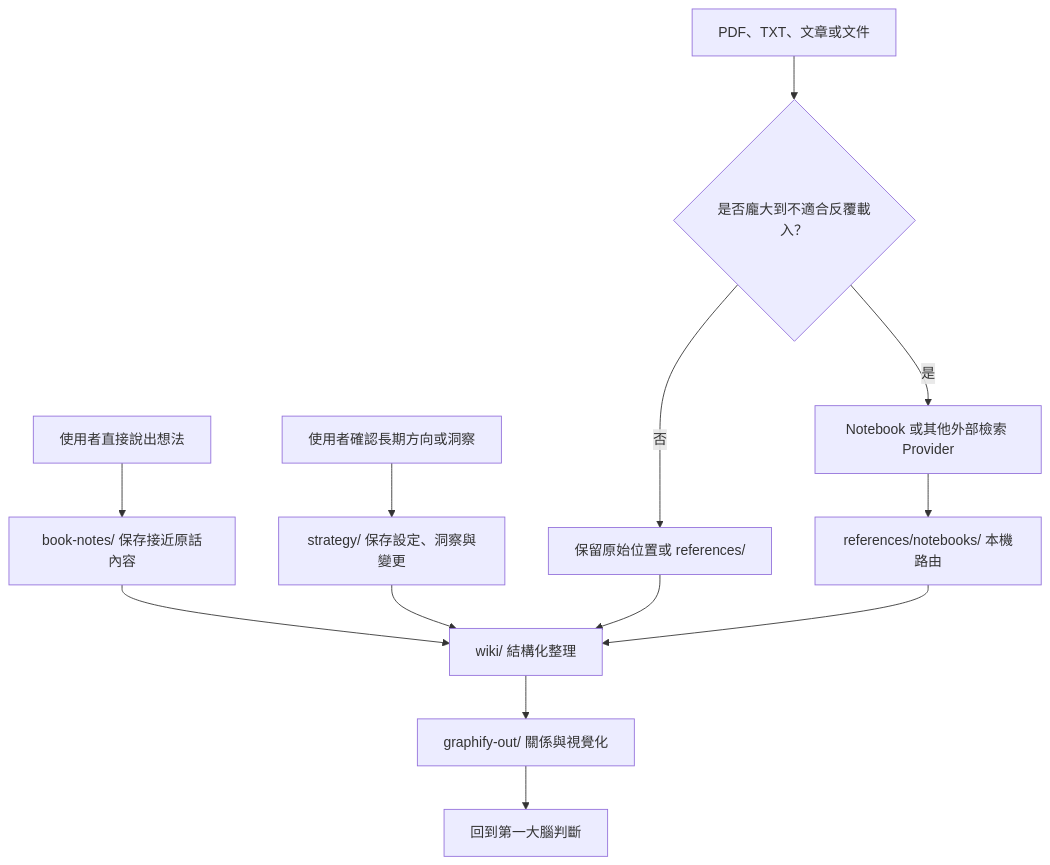
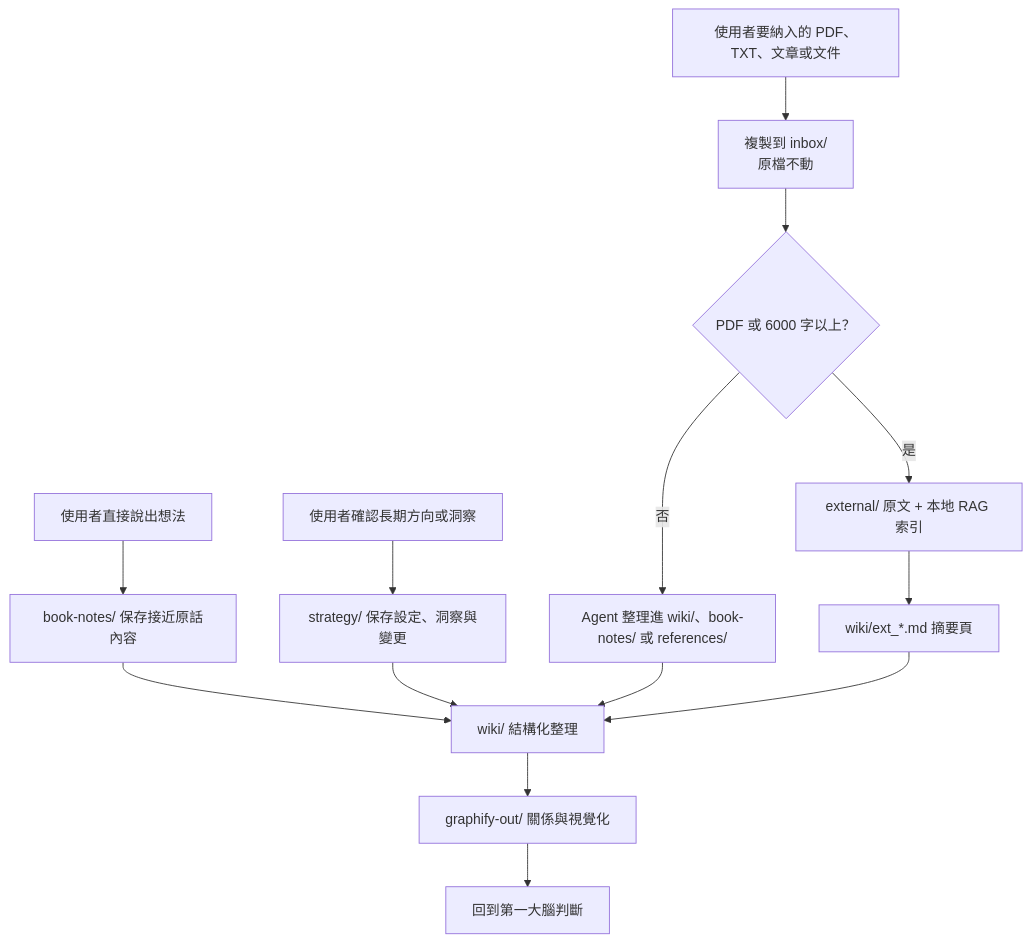
The first of 2 diagrams in skill-packs/ai-knowledge-base/docs/architecture.md (iamraven-tw/raven-ai-workflow-toolbox), drawn with Mermaid before and after one commit. The commit also changed other lines of this file and 62 other files, not shown here.

````diff
--- a/skill-packs/ai-knowledge-base/docs/architecture.md
+++ b/skill-packs/ai-knowledge-base/docs/architecture.md
@@ -19,15 +20,16 @@
 ```mermaid
 flowchart TD
     S["使用者確認長期方向或洞察"] --> T["strategy/ 保存設定、洞察與變更"]
     A["使用者直接說出想法"] --> B["book-notes/ 保存接近原話內容"]
-    C["PDF、TXT、文章或文件"] --> D{"是否龐大到不適合反覆載入？"}
-    D -- "否" --> E["保留原始位置或 references/"]
-    D -- "是" --> F["Notebook 或其他外部檢索 Provider"]
-    F --> G["references/notebooks/ 本機路由"]
+    C["使用者要納入的 PDF、TXT、文章或文件"] --> X["複製到 inbox/<br/>原檔不動"]
+    X --> D{"PDF 或 6000 字以上？"}
+    D -- "否" --> E["Agent 整理進 wiki/、book-notes/ 或 references/"]
+    D -- "是" --> F["external/ 原文 + 本地 RAG 索引"]
+    F --> G["wiki/ext_*.md 摘要頁"]
     B --> H["wiki/ 結構化整理"]
     T --> H
     E --> H
     G --> H
     H --> I["graphify-out/ 關係與視覺化"]
     I --> J["回到第一大腦判斷"]
 ```
````
